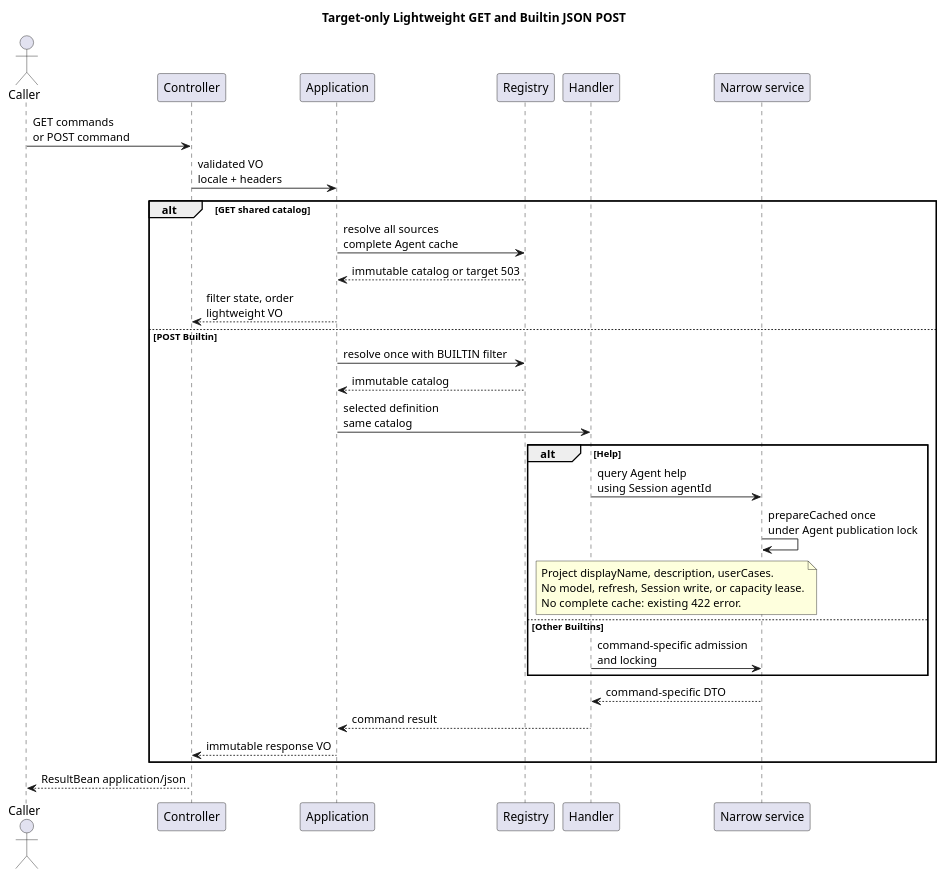
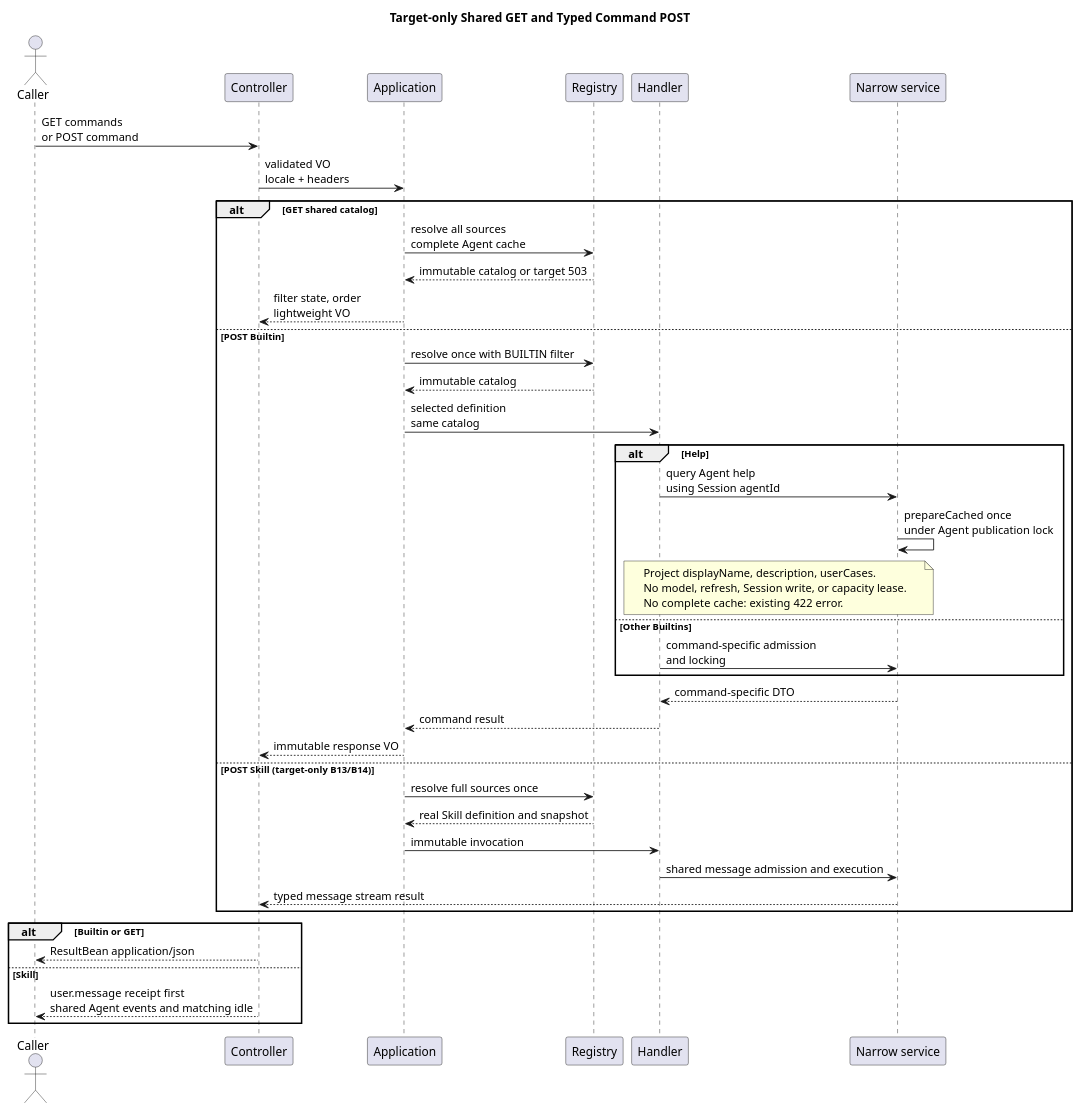
The first of 2 diagrams in 01-总体架构/01-CampusClaw多Agent运行时/设计图/Command/diagram.puml (ssm0808/pi-mono-java-design), drawn with PlantUML before and after one commit. The commit also changed 52 other files, not shown here.

Commit message:
docs(api): 完成 Events 与 Skill 接口批量对齐

```diff
--- a/01-总体架构/01-CampusClaw多Agent运行时/设计图/Command/diagram.puml
+++ b/01-总体架构/01-CampusClaw多Agent运行时/设计图/Command/diagram.puml
@@ -1,42 +1,52 @@
 @startuml command_http_flow
-title Target-only Lightweight GET and Builtin JSON POST
+title Target-only Shared GET and Typed Command POST
 ' Source evidence: pi-mono-java@d84dd3d6 modules/coding-agent-cli/src/main/java/com/campusclaw/codingagent/runtimeapi/web/RuntimeSessionController.java getSession.
-' Architecture change: command routes use ResultBean JSON and no request SSE.
+' Architecture change: Builtin routes return JSON; B13/B14 Skill reuses the message SSE boundary.
 ' Source evidence: pi-mono-java@6f52fddc modules/coding-agent-cli/src/main/java/com/campusclaw/codingagent/runtimeapi/service/command/CompositeCommandRegistry.java resolve.
 ' Product decision: GET uses full sources and state-filtered name/kind/description/input; POST keeps locked admission.
 ' Source evidence: pi-mono-java@d8e22562 modules/coding-agent-cli/src/main/java/com/campusclaw/codingagent/runtime/AgentRuntimeManager.java prepareCached and toRuntime.
 ' Product decision: Help uses authored Agent metadata; it does not format the command catalog.
 skinparam shadowing false
 actor Caller
 participant Controller
 participant Application
 participant Registry
 participant Handler
 participant "Narrow service" as Service
 Caller -> Controller : GET commands\nor POST command
 Controller -> Application : validated VO\nlocale + headers
 alt GET shared catalog
   Application -> Registry : resolve all sources\ncomplete Agent cache
   Registry --> Application : immutable catalog or target 503
   Application --> Controller : filter state, order\nlightweight VO
 else POST Builtin
   Application -> Registry : resolve once with BUILTIN filter
   Registry --> Application : immutable catalog
   Application -> Handler : selected definition\nsame catalog
   alt Help
     Handler -> Service : query Agent help\nusing Session agentId
     Service -> Service : prepareCached once\nunder Agent publication lock
     note over Handler, Service
       Project displayName, description, userCases.
       No model, refresh, Session write, or capacity lease.
       No complete cache: existing 422 error.
     end note
   else Other Builtins
     Handler -> Service : command-specific admission\nand locking
   end
   Service --> Handler : command-specific DTO
   Handler --> Application : command result
   Application --> Controller : immutable response VO
+else POST Skill (target-only B13/B14)
+  Application -> Registry : resolve full sources once
+  Registry --> Application : real Skill definition and snapshot
+  Application -> Handler : immutable invocation
+  Handler -> Service : shared message admission and execution
+  Service --> Controller : typed message stream result
 end
-Controller --> Caller : ResultBean application/json
+alt Builtin or GET
+  Controller --> Caller : ResultBean application/json
+else Skill
+  Controller --> Caller : user.message receipt first\nshared Agent events and matching idle
+end
 @enduml
```
